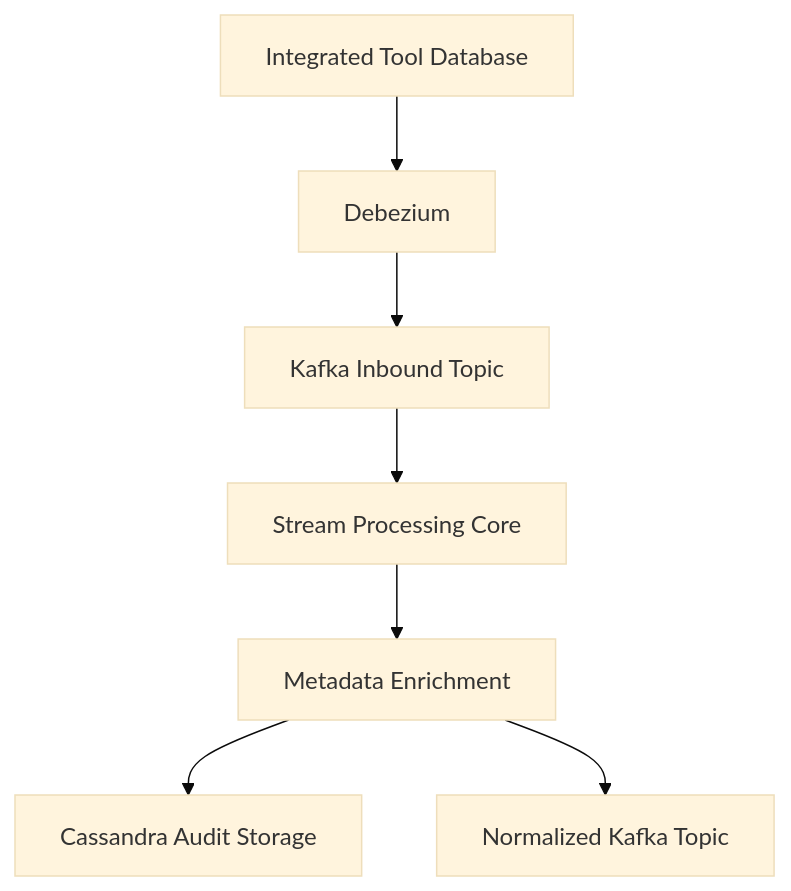
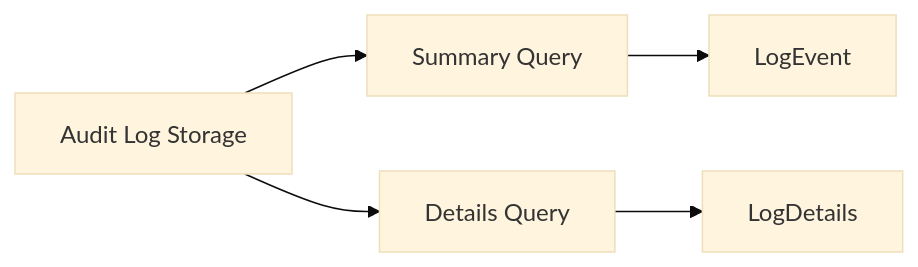
The fourth of 7 diagrams in docs/reference/architecture/README.md (flamingo-stack/openframe-oss-lib), drawn with Mermaid (base theme) before and after one commit. The commit also changed other lines of this file and 24 other files, not shown here.

Commit message:
docs: Stage 2 - Architecture analysis (5 files) [skip ci]

````diff
--- a/docs/reference/architecture/README.md
+++ b/docs/reference/architecture/README.md
@@ -153,9 +172,8 @@
 ```mermaid
-flowchart TD
-    ToolDB["Integrated Tool Database"] --> Debezium
-    Debezium --> KafkaInbound["Kafka Inbound Topic"]
-    KafkaInbound --> Stream["Stream Processing Core"]
-    Stream --> Enrichment["Metadata Enrichment"]
-    Enrichment --> Cassandra["Cassandra Audit Storage"]
-    Enrichment --> KafkaOut["Normalized Kafka Topic"]
+flowchart LR
+    LogStorage["Audit Log Storage"] --> SummaryQuery["Summary Query"]
+    LogStorage --> DetailsQuery["Details Query"]
+
+    SummaryQuery --> LogEventDTO["LogEvent"]
+    DetailsQuery --> LogDetailsDTO["LogDetails"]
 ```
````
